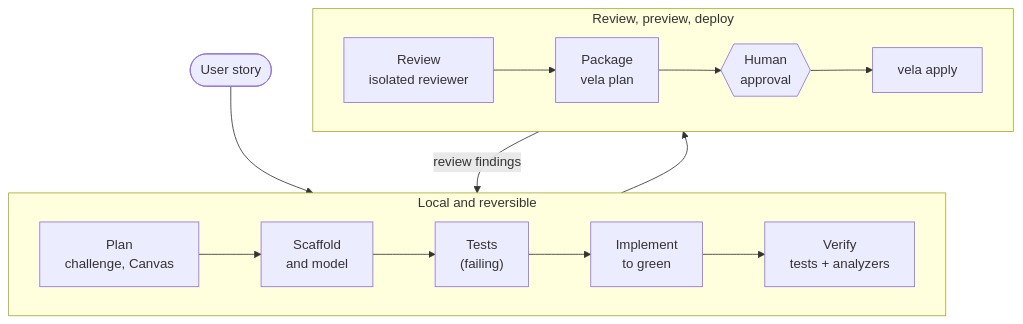
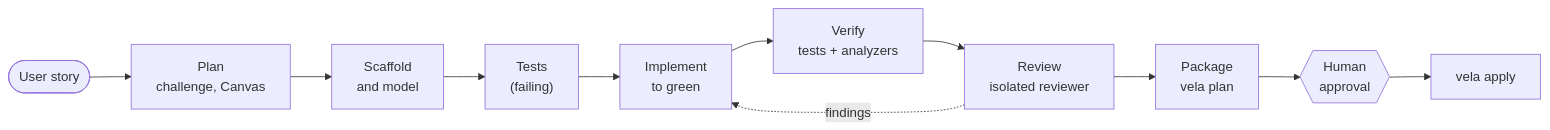
Before and after one commit to allandecastro/vela-agentic: the diagram in docs/build-loop.md, drawn with Mermaid.

Commit message:
docs(build-loop): back to the one-row loop diagram, the findings loop dashed (the Vela site opens diagrams full screen)

````diff
--- a/docs/build-loop.md
+++ b/docs/build-loop.md
@@ -13,14 +13,13 @@
 ```mermaid
-flowchart TB
-    subgraph BUILD ["Local and reversible"]
-        direction LR
-        PL["Plan<br/>challenge, Canvas"] --> SC["Scaffold<br/>and model"] --> RED["Tests<br/>(failing)"] --> IM["Implement<br/>to green"] --> VR["Verify<br/>tests + analyzers"]
-    end
-    subgraph SHIP ["Review, preview, deploy"]
-        direction LR
-        RV["Review<br/>isolated reviewer"] --> PV["Package<br/>vela plan"] --> GATE{{"Human<br/>approval"}} --> AP["vela apply"]
-    end
-    US([User story]) --> BUILD
-    BUILD --> SHIP
-    SHIP -->|review findings| BUILD
+flowchart LR
+    US([User story]) --> PL["Plan<br/>challenge, Canvas"]
+    PL --> SC["Scaffold<br/>and model"]
+    SC --> RED["Tests<br/>(failing)"]
+    RED --> IM["Implement<br/>to green"]
+    IM --> VR["Verify<br/>tests + analyzers"]
+    VR --> RV["Review<br/>isolated reviewer"]
+    RV -.->|findings| IM
+    RV --> PV["Package<br/>vela plan"]
+    PV --> GATE{{"Human<br/>approval"}}
+    GATE --> AP["vela apply"]
 ```
````
